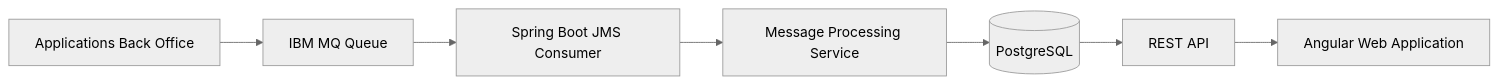
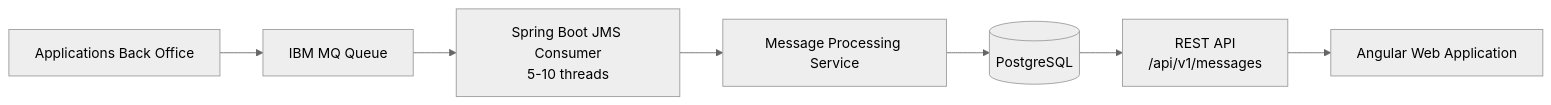
Before and after one commit to mouhamadoulo/payment-messages: the diagram in README.md, drawn with Mermaid (neutral theme). The commit also changed other lines of this file and 7 other files, not shown here.

````diff
--- a/README.md
+++ b/README.md
@@ -36,16 +36,10 @@
 ```mermaid
 flowchart LR
-
-A[Applications Back Office]
+    A[Applications Back Office]
     --> B[IBM MQ Queue]
-
-B --> C[Spring Boot JMS Consumer]
-
-C --> D[Message Processing Service]
-
-D --> E[(PostgreSQL)]
-
-E --> F[REST API]
-
-F --> G[Angular Web Application]
+    B --> C[Spring Boot JMS Consumer<br/>5-10 threads]
+    C --> D[Message Processing Service]
+    D --> E[(PostgreSQL)]
+    E --> F[REST API<br/>/api/v1/messages]
+    F --> G[Angular Web Application]
 ```
````
